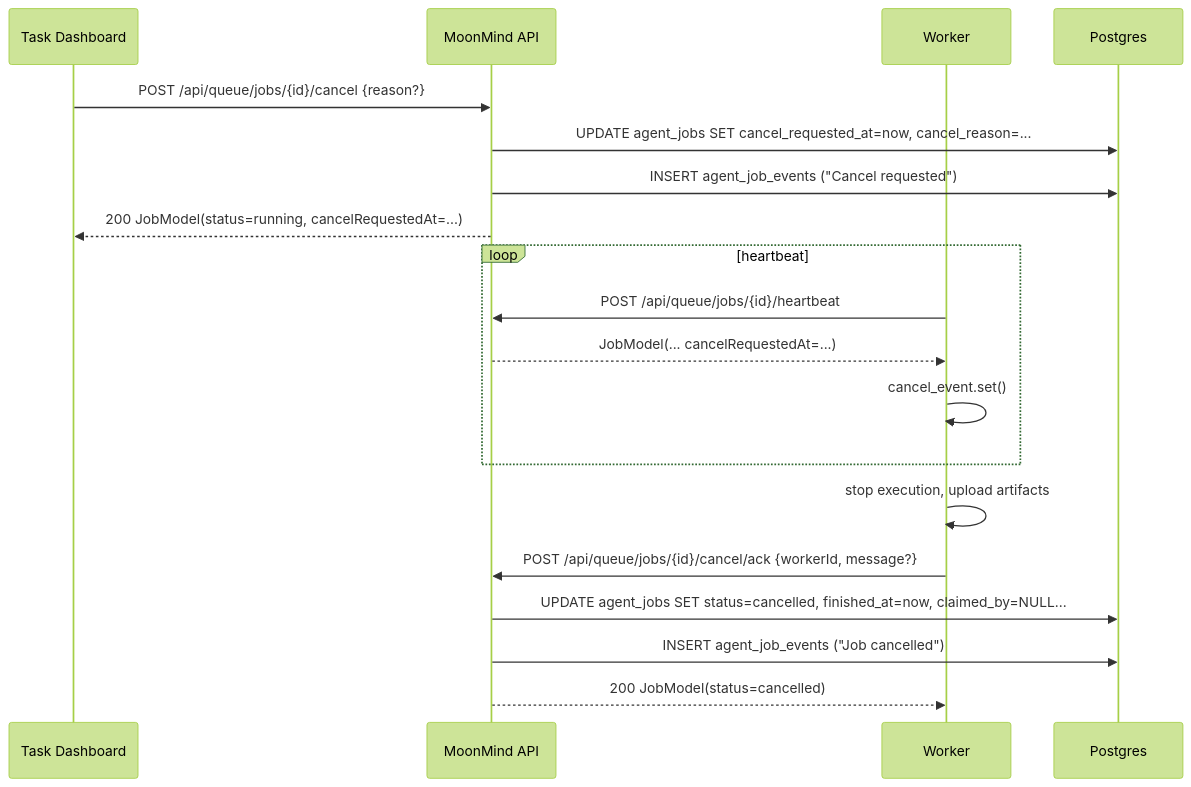
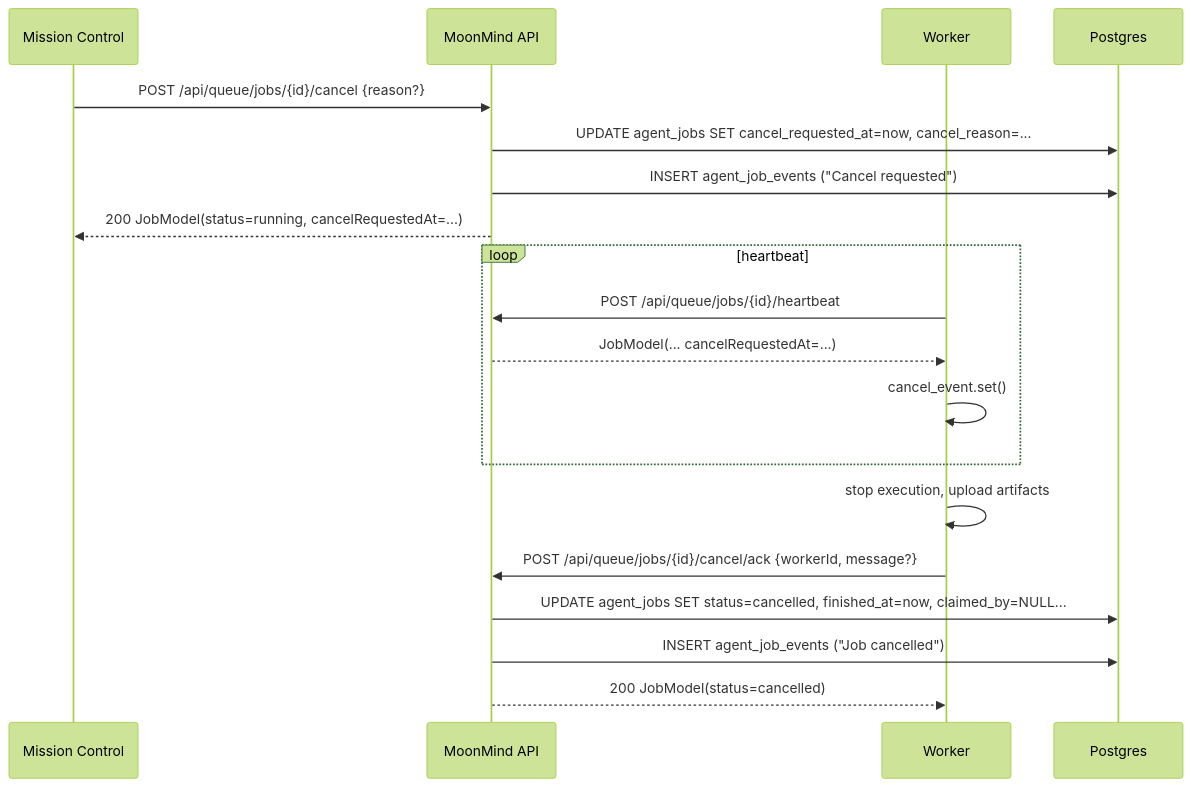
The second of 2 diagrams in docs/TaskCancellation.md (MoonLadderStudios/MoonMind), drawn with Mermaid (forest theme) before and after one commit. The commit also changed other lines of this file and 34 other files, not shown here.

Commit message:
Rename dashboard docs to Mission Control

````diff
--- a/docs/TaskCancellation.md
+++ b/docs/TaskCancellation.md
@@ -297,24 +297,24 @@
 ```mermaid
 sequenceDiagram
-  participant UI as Task Dashboard
+  participant UI as Mission Control
   participant API as MoonMind API
   participant W as Worker
   participant DB as Postgres
 
   UI->>API: POST /api/queue/jobs/{id}/cancel {reason?}
   API->>DB: UPDATE agent_jobs SET cancel_requested_at=now, cancel_reason=...
   API->>DB: INSERT agent_job_events ("Cancel requested")
   API-->>UI: 200 JobModel(status=running, cancelRequestedAt=...)
 
   loop heartbeat
     W->>API: POST /api/queue/jobs/{id}/heartbeat
     API-->>W: JobModel(... cancelRequestedAt=...)
     W->>W: cancel_event.set()
   end
 
   W->>W: stop execution, upload artifacts
   W->>API: POST /api/queue/jobs/{id}/cancel/ack {workerId, message?}
   API->>DB: UPDATE agent_jobs SET status=cancelled, finished_at=now, claimed_by=NULL...
   API->>DB: INSERT agent_job_events ("Job cancelled")
   API-->>W: 200 JobModel(status=cancelled)
 ```
````
